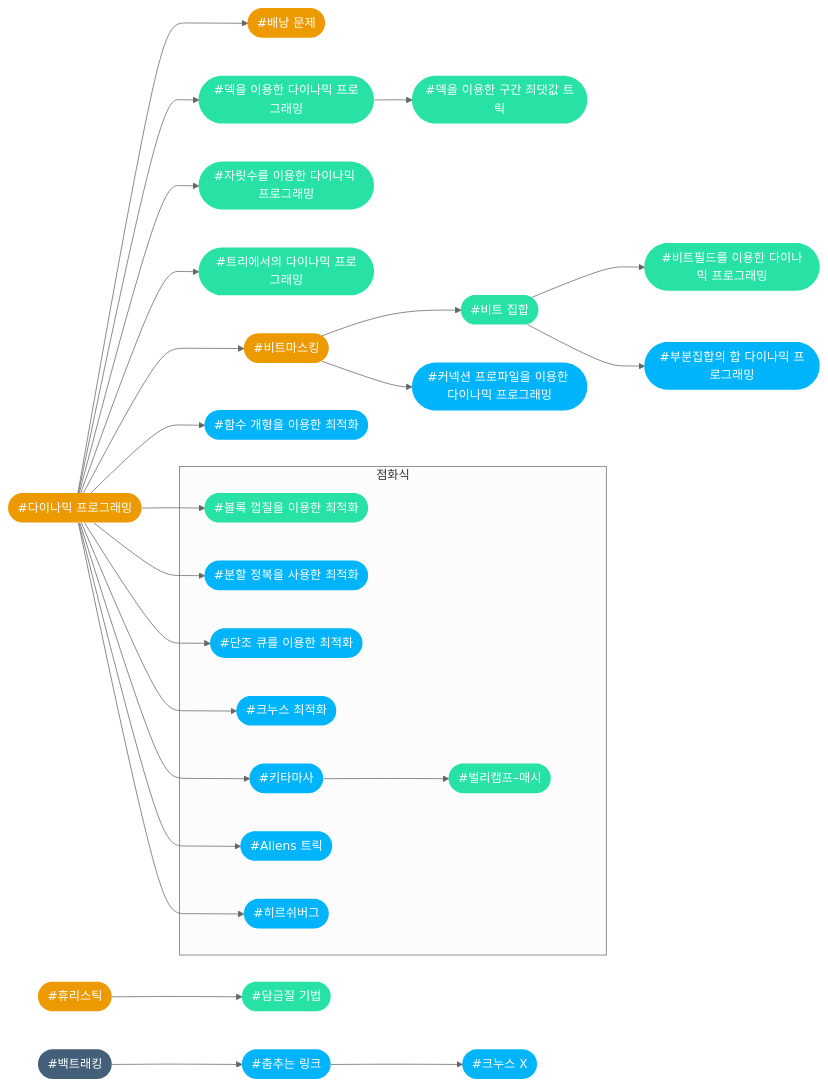
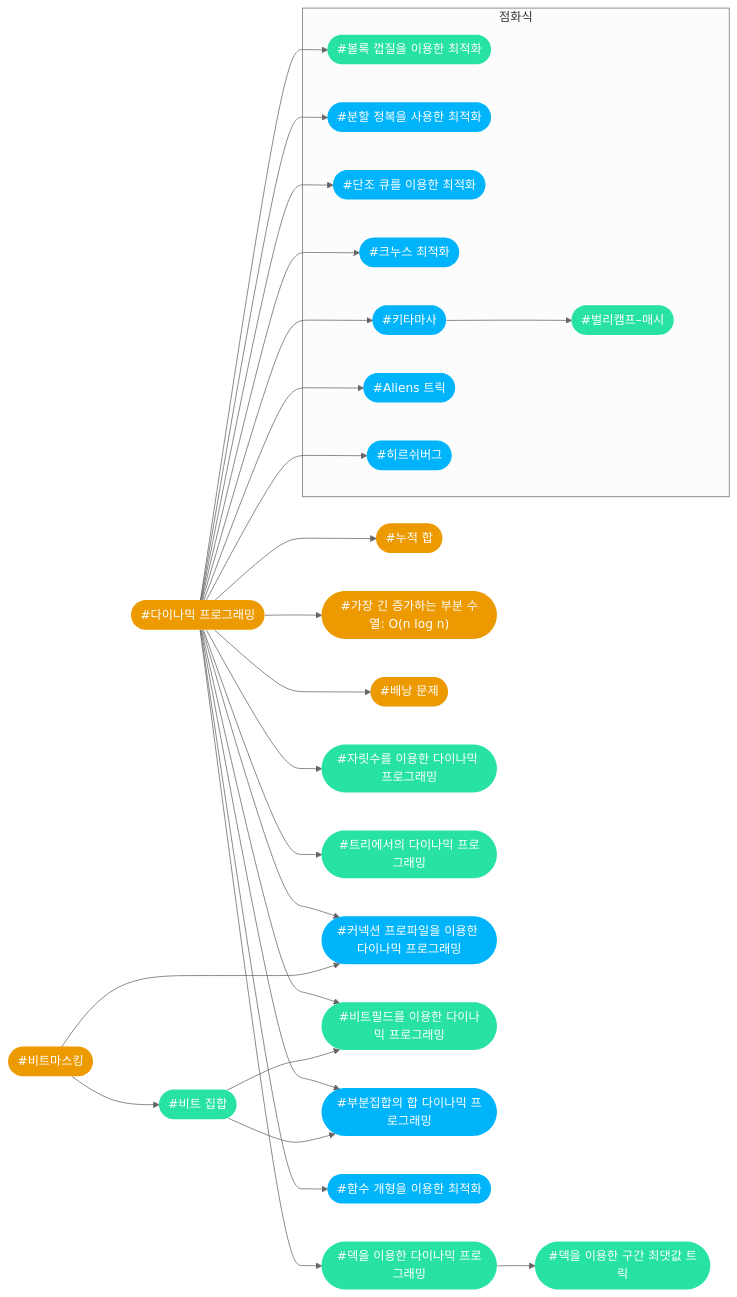
One commit to CHOYUNSIG/algorithm_with_boj changed diagram 12 of 13 in index.md. Above: the diagram before and after it, drawn with Mermaid (neutral theme). The commit also changed other lines of this file and 1 other file, not shown here.

```diff
--- a/index.md
+++ b/index.md
@@ -676,70 +635,68 @@
 <pre class="mermaid">
     graph LR
 
+    #dp --> #prefix_sum
+    #dp --> #lis
     #dp --> #knapsack
     #dp --> #dp_deque
     #dp --> #dp_digit
     #dp --> #dp_tree
-    #dp --> #bitmask
+    #dp --> #dp_connection_profile
+    #dp --> #dp_bitfield
+    #dp --> #dp_sum_over_subsets
     #dp --> #slope_trick
     #dp --> #cht
     #dp --> #divide_and_conquer_optimization
     #dp --> #monotone_queue_optimization
     #dp --> #knuth
     #dp --> #kitamasa
     #dp --> #alien
     #dp --> #hirschberg
     #kitamasa --> #berlekamp_massey
     #dp_deque --> #deque_trick
     #bitmask --> #bitset
     #bitmask --> #dp_connection_profile
     #bitset --> #dp_bitfield
     #bitset --> #dp_sum_over_subsets
-    #backtracking --> #dancing_links
-    #dancing_links --> #knuth_x
-    #heuristics --> #simulated_annealing
 
     subgraph 점화식
         #alien
         #monotone_queue_optimization
         #berlekamp_massey
         #cht
         #divide_and_conquer_optimization
         #knuth
         #kitamasa
         #hirschberg
     end
 
     #alien(["#Aliens 트릭"]):::tier4
+    #lis(["#가장 긴 증가하는 부분 수열: O(n log n)"]):::tier2
+    #prefix_sum(["#누적 합"]):::tier2
     #dp(["#다이나믹 프로그래밍"]):::tier2
     #monotone_queue_optimization(["#단조 큐를 이용한 최적화"]):::tier4
-    #simulated_annealing(["#담금질 기법"]):::tier3
     #deque_trick(["#덱을 이용한 구간 최댓값 트릭"]):::tier3
     #dp_deque(["#덱을 이용한 다이나믹 프로그래밍"]):::tier3
     #knapsack(["#배낭 문제"]):::tier2
-    #backtracking(["#백트래킹"]):::tier1
     #berlekamp_massey(["#벌리캠프–매시"]):::tier3
     #cht(["#볼록 껍질을 이용한 최적화"]):::tier3
     #dp_sum_over_subsets(["#부분집합의 합 다이나믹 프로그래밍"]):::tier4
     #divide_and_conquer_optimization(["#분할 정복을 사용한 최적화"]):::tier4
     #bitset(["#비트 집합"]):::tier3
     #bitmask(["#비트마스킹"]):::tier2
     #dp_bitfield(["#비트필드를 이용한 다이나믹 프로그래밍"]):::tier3
     #dp_digit(["#자릿수를 이용한 다이나믹 프로그래밍"]):::tier3
-    #dancing_links(["#춤추는 링크"]):::tier4
     #dp_connection_profile(["#커넥션 프로파일을 이용한 다이나믹 프로그래밍"]):::tier4
-    #knuth_x(["#크누스 X"]):::tier4
     #knuth(["#크누스 최적화"]):::tier4
     #kitamasa(["#키타마사"]):::tier4
     #dp_tree(["#트리에서의 다이나믹 프로그래밍"]):::tier3
     #slope_trick(["#함수 개형을 이용한 최적화"]):::tier4
-    #heuristics(["#휴리스틱"]):::tier2
     #hirschberg(["#히르쉬버그"]):::tier4
 
     classDef tier0 fill:#ad5600, color:#fff, stroke:#0000
     classDef tier1 fill:#435f7a, color:#fff, stroke:#0000
     classDef tier2 fill:#ec9a00, color:#fff, stroke:#0000
     classDef tier3 fill:#27e2a4, color:#fff, stroke:#0000
     classDef tier4 fill:#00b4fc, color:#fff, stroke:#0000
     classDef tier5 fill:#ff0062, color:#fff, stroke:#0000
 </pre>
```
